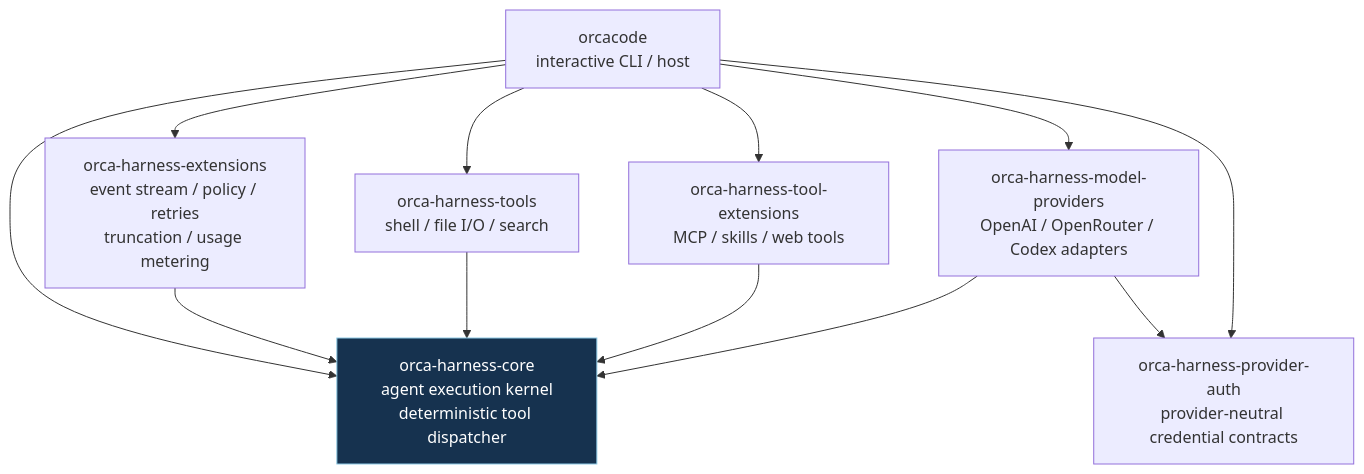
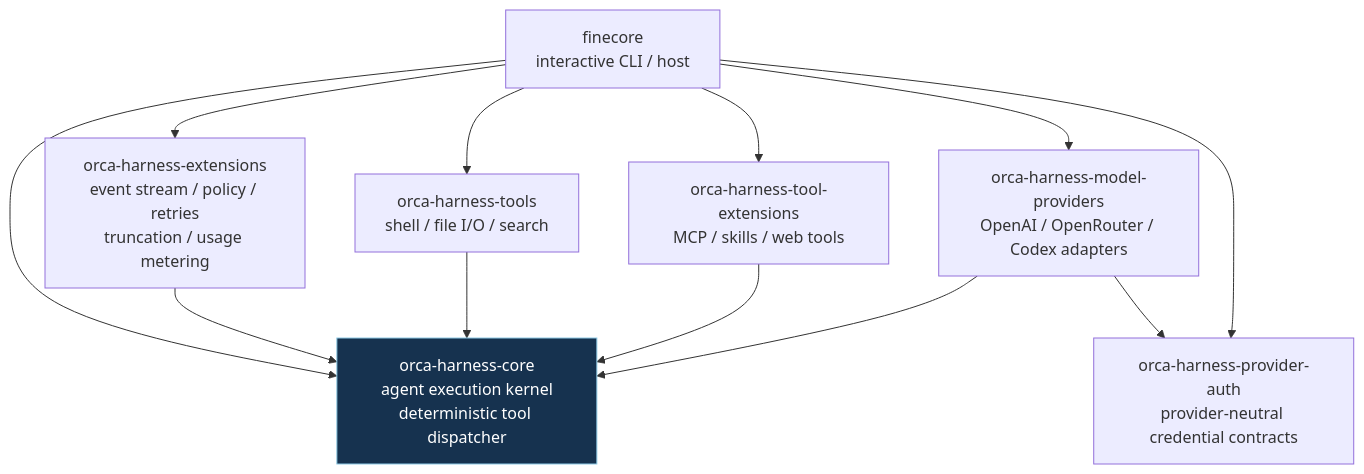
Before and after one commit to oigorbrito/FineCore: the diagram in docs/crate-diagram.md, drawn with Mermaid. The commit also changed other lines of this file and 76 other files, not shown here.

````diff
--- a/docs/crate-diagram.md
+++ b/docs/crate-diagram.md
@@ -5,26 +5,26 @@
 ```mermaid
 flowchart TD
-    CLI[orcacode\ninteractive CLI / host]
+    CLI[finecore\ninteractive CLI / host]
     CORE[orca-harness-core\nagent execution kernel\ndeterministic tool dispatcher]
     EXT[orca-harness-extensions\nevent stream / policy / retries\ntruncation / usage metering]
     TOOLS[orca-harness-tools\nshell / file I/O / search]
     TOOL_EXT[orca-harness-tool-extensions\nMCP / skills / web tools]
     MODELS[orca-harness-model-providers\nOpenAI / OpenRouter / Codex adapters]
     AUTH[orca-harness-provider-auth\nprovider-neutral credential contracts]
 
     CLI --> CORE
     CLI --> EXT
     CLI --> TOOLS
     CLI --> TOOL_EXT
     CLI --> MODELS
     CLI --> AUTH
 
     EXT --> CORE
     TOOLS --> CORE
     TOOL_EXT --> CORE
     MODELS --> CORE
     MODELS --> AUTH
 
     classDef kernel fill:#16324f,stroke:#8ecae6,color:#fff
     class CORE kernel
 ```
````
